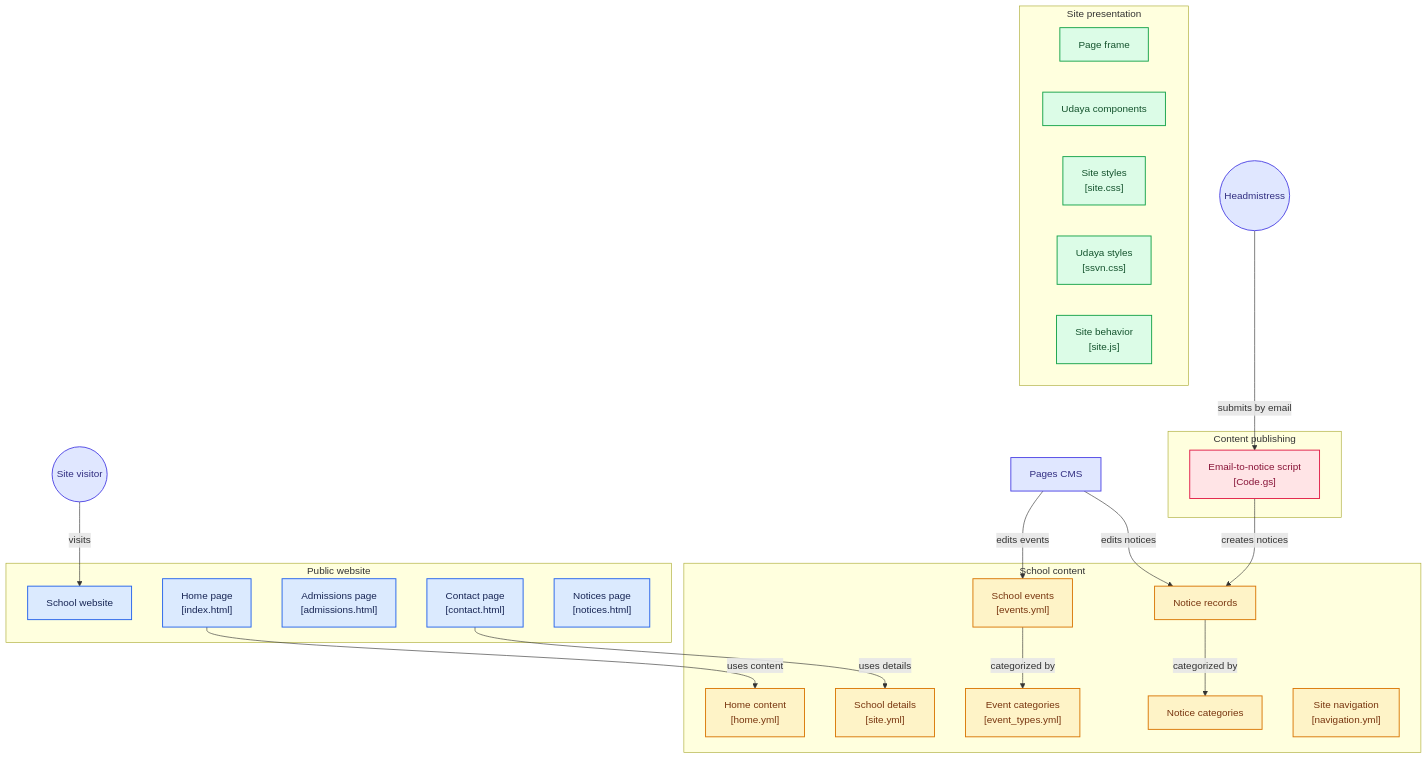
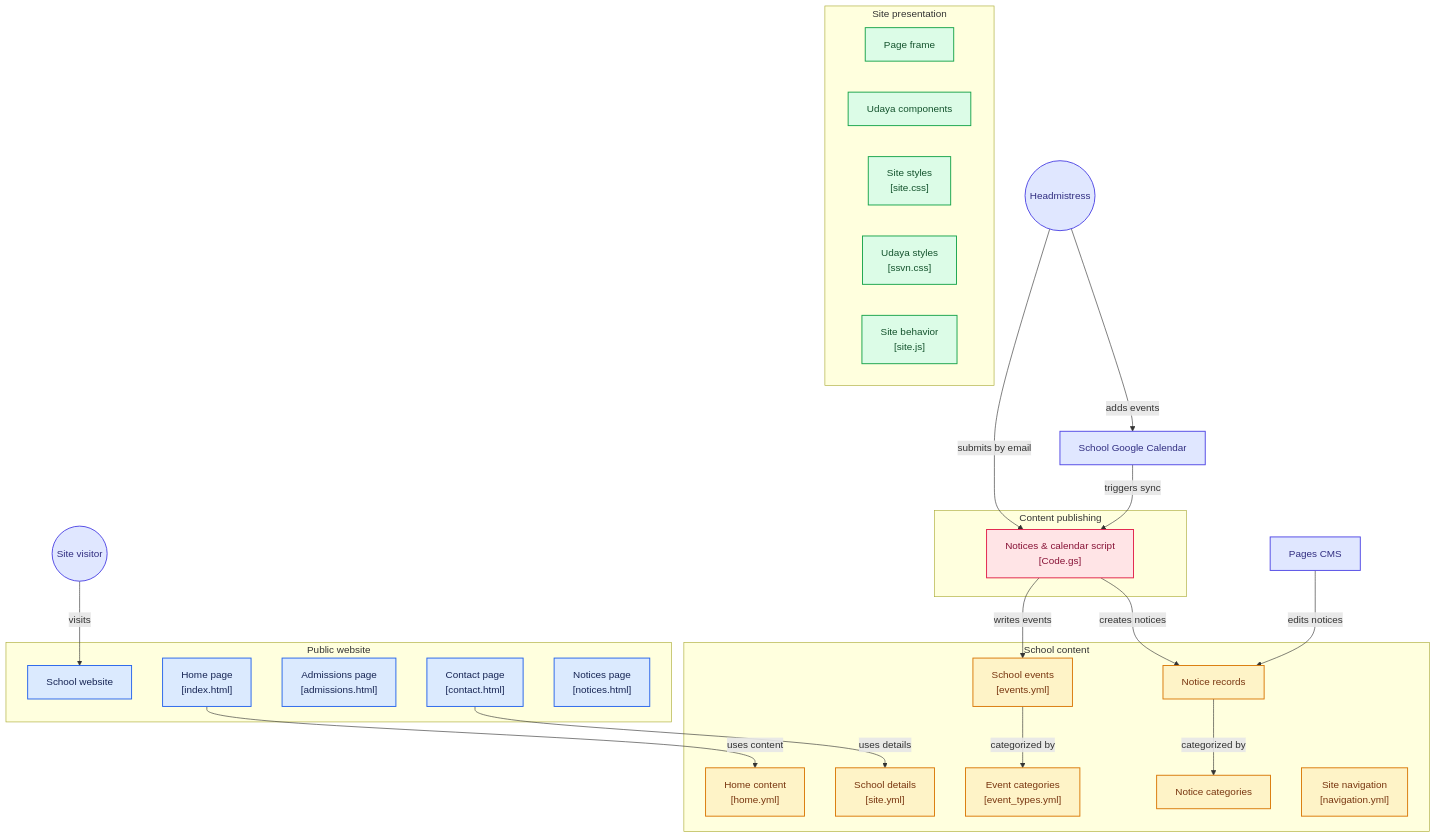
Before and after one commit to Sri-Sai-Vidyanikethan-EM-High-School/srisaividyanikethan.edu.in: the diagram in tools/email-to-notice/README.md, drawn with Mermaid.

Commit message:
Show the Google Calendar flow in the overview chart
Replace "Pages CMS → edits events" with "Headmistress → adds events →
School Google Calendar → triggers sync → script → writes events.yml",
and rename the script node to "Notices & calendar script".

````diff
--- a/tools/email-to-notice/README.md
+++ b/tools/email-to-notice/README.md
@@ -137,78 +137,81 @@
 ```mermaid
 flowchart TD
 
 subgraph group_site["Public website"]
   node_website["School website"]
   node_home["Home page<br/>[index.html]"]
   node_admissions["Admissions page<br/>[admissions.html]"]
   node_contact["Contact page<br/>[contact.html]"]
   node_notices_page["Notices page<br/>[notices.html]"]
 end
 
 subgraph group_content["School content"]
   node_home_content["Home content<br/>[home.yml]"]
   node_site_details["School details<br/>[site.yml]"]
   node_events["School events<br/>[events.yml]"]
   node_notices["Notice records"]
   node_event_types["Event categories<br/>[event_types.yml]"]
   node_notice_categories["Notice categories"]
   node_navigation["Site navigation<br/>[navigation.yml]"]
 end
 
 subgraph group_presentation["Site presentation"]
   node_page_frame["Page frame"]
   node_udaya["Udaya components"]
   node_site_styles["Site styles<br/>[site.css]"]
   node_udaya_styles["Udaya styles<br/>[ssvn.css]"]
   node_site_behavior["Site behavior<br/>[site.js]"]
 end
 
 subgraph group_publishing["Content publishing"]
-  node_email_tool["Email-to-notice script<br/>[Code.gs]"]
+  node_email_tool["Notices & calendar script<br/>[Code.gs]"]
 end
 
 node_visitor(("Site visitor"))
 node_headmistress(("Headmistress"))
 node_pages_cms["Pages CMS"]
+node_gcal["School Google Calendar"]
 
 node_visitor -->|"visits"| node_website
 node_home -->|"uses content"| node_home_content
 node_contact -->|"uses details"| node_site_details
 node_events -->|"categorized by"| node_event_types
 node_notices -->|"categorized by"| node_notice_categories
 node_headmistress -->|"submits by email"| node_email_tool
 node_email_tool -->|"creates notices"| node_notices
-node_pages_cms -->|"edits events"| node_events
+node_headmistress -->|"adds events"| node_gcal
+node_gcal -->|"triggers sync"| node_email_tool
+node_email_tool -->|"writes events"| node_events
 node_pages_cms -->|"edits notices"| node_notices
 
 click node_home "https://github.com/sri-sai-vidyanikethan-em-high-school/srisaividyanikethan.edu.in/blob/main/index.html"
 click node_admissions "https://github.com/sri-sai-vidyanikethan-em-high-school/srisaividyanikethan.edu.in/blob/main/admissions.html"
 click node_contact "https://github.com/sri-sai-vidyanikethan-em-high-school/srisaividyanikethan.edu.in/blob/main/contact.html"
 click node_notices_page "https://github.com/sri-sai-vidyanikethan-em-high-school/srisaividyanikethan.edu.in/blob/main/notices.html"
 click node_home_content "https://github.com/sri-sai-vidyanikethan-em-high-school/srisaividyanikethan.edu.in/blob/main/_data/home.yml"
 click node_site_details "https://github.com/sri-sai-vidyanikethan-em-high-school/srisaividyanikethan.edu.in/blob/main/_data/site.yml"
 click node_events "https://github.com/sri-sai-vidyanikethan-em-high-school/srisaividyanikethan.edu.in/blob/main/_data/events.yml"
 click node_notices "https://github.com/sri-sai-vidyanikethan-em-high-school/srisaividyanikethan.edu.in/tree/main/_notices"
 click node_event_types "https://github.com/sri-sai-vidyanikethan-em-high-school/srisaividyanikethan.edu.in/blob/main/_data/event_types.yml"
 click node_notice_categories "https://github.com/sri-sai-vidyanikethan-em-high-school/srisaividyanikethan.edu.in/blob/main/_data/notice_categories.yml"
 click node_navigation "https://github.com/sri-sai-vidyanikethan-em-high-school/srisaividyanikethan.edu.in/blob/main/_data/navigation.yml"
 click node_page_frame "https://github.com/sri-sai-vidyanikethan-em-high-school/srisaividyanikethan.edu.in/tree/main/_includes/frame"
 click node_udaya "https://github.com/sri-sai-vidyanikethan-em-high-school/srisaividyanikethan.edu.in/tree/main/_includes/sv"
 click node_site_styles "https://github.com/sri-sai-vidyanikethan-em-high-school/srisaividyanikethan.edu.in/blob/main/assets/css/site.css"
 click node_udaya_styles "https://github.com/sri-sai-vidyanikethan-em-high-school/srisaividyanikethan.edu.in/blob/main/assets/css/ssvn.css"
 click node_site_behavior "https://github.com/sri-sai-vidyanikethan-em-high-school/srisaividyanikethan.edu.in/blob/main/assets/js/site.js"
 click node_email_tool "https://github.com/sri-sai-vidyanikethan-em-high-school/srisaividyanikethan.edu.in/blob/main/tools/email-to-notice/Code.gs"
 
 classDef toneNeutral fill:#f8fafc,stroke:#334155,stroke-width:1.5px,color:#0f172a
 classDef toneBlue fill:#dbeafe,stroke:#2563eb,stroke-width:1.5px,color:#172554
 classDef toneAmber fill:#fef3c7,stroke:#d97706,stroke-width:1.5px,color:#78350f
 classDef toneMint fill:#dcfce7,stroke:#16a34a,stroke-width:1.5px,color:#14532d
 classDef toneRose fill:#ffe4e6,stroke:#e11d48,stroke-width:1.5px,color:#881337
 classDef toneIndigo fill:#e0e7ff,stroke:#4f46e5,stroke-width:1.5px,color:#312e81
 classDef toneTeal fill:#ccfbf1,stroke:#0f766e,stroke-width:1.5px,color:#134e4a
 class node_website,node_home,node_admissions,node_contact,node_notices_page toneBlue
 class node_home_content,node_site_details,node_events,node_notices,node_event_types,node_notice_categories,node_navigation toneAmber
 class node_page_frame,node_udaya,node_site_styles,node_udaya_styles,node_site_behavior toneMint
 class node_email_tool toneRose
-class node_visitor,node_headmistress,node_pages_cms toneIndigo
+class node_visitor,node_headmistress,node_pages_cms,node_gcal toneIndigo
 ```
````
